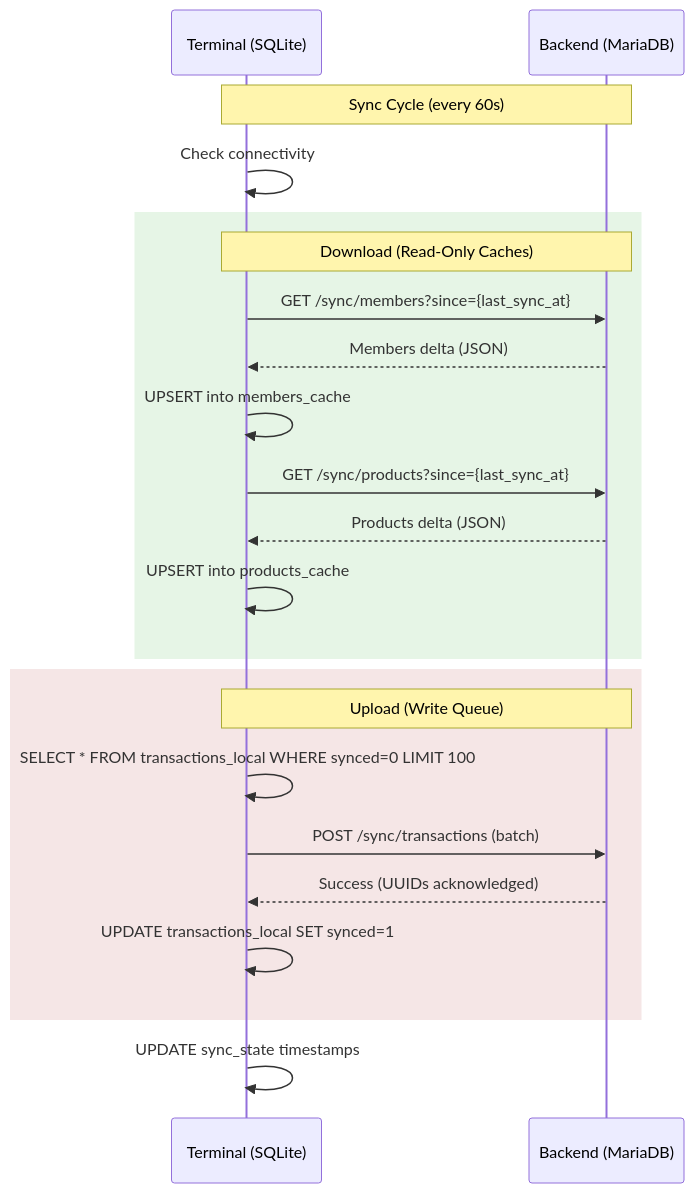
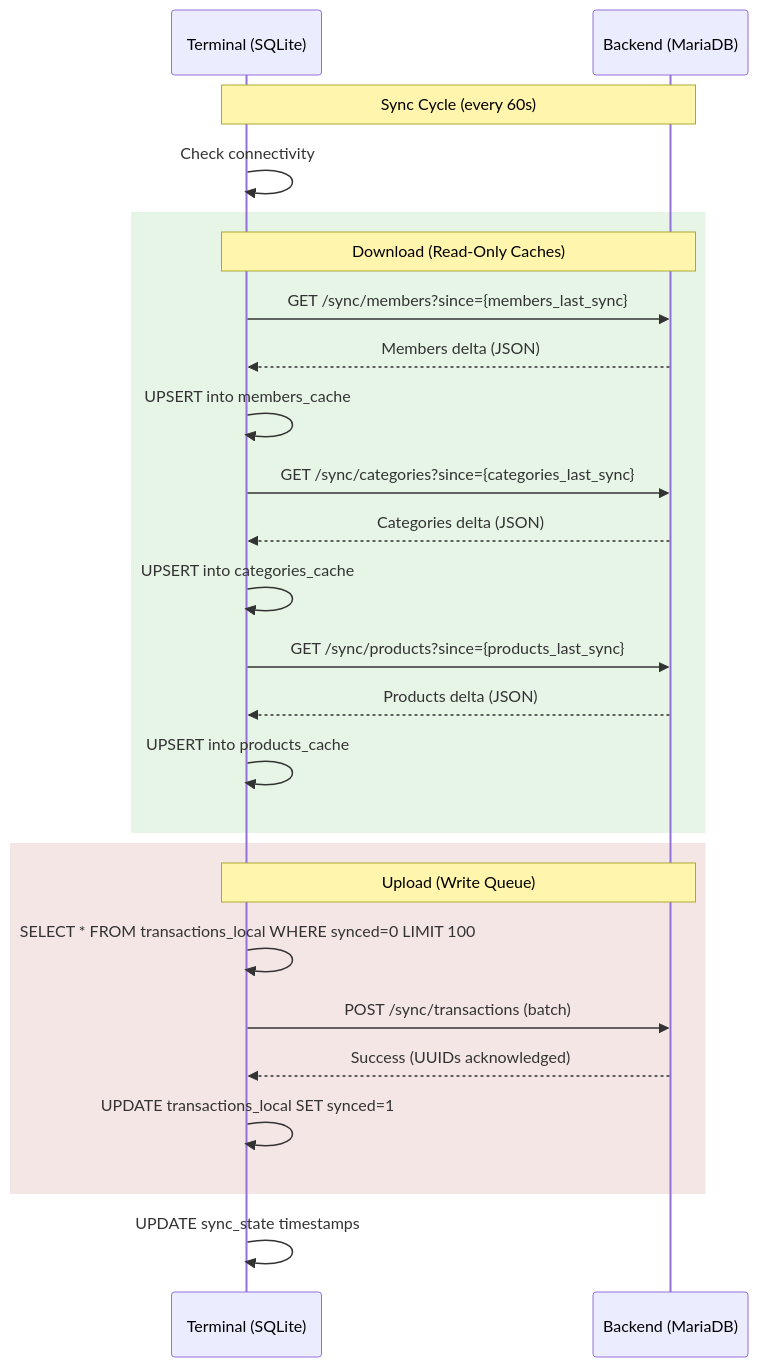
One commit to dgloeckner/clubbar changed the second of 3 diagrams in docs/erm-frontend.md. Above: the diagram before and after it, drawn with Mermaid. The commit also changed other lines of this file and 1 other file, not shown here.

````diff
--- a/docs/erm-frontend.md
+++ b/docs/erm-frontend.md
@@ -169,30 +200,34 @@
 ```mermaid
 sequenceDiagram
     participant T as Terminal (SQLite)
     participant B as Backend (MariaDB)
 
     Note over T,B: Sync Cycle (every 60s)
 
     T->>T: Check connectivity
 
     rect rgb(230, 245, 230)
         Note over T,B: Download (Read-Only Caches)
-        T->>B: GET /sync/members?since={last_sync_at}
+        T->>B: GET /sync/members?since={members_last_sync}
         B-->>T: Members delta (JSON)
         T->>T: UPSERT into members_cache
 
-        T->>B: GET /sync/products?since={last_sync_at}
+        T->>B: GET /sync/categories?since={categories_last_sync}
+        B-->>T: Categories delta (JSON)
+        T->>T: UPSERT into categories_cache
+
+        T->>B: GET /sync/products?since={products_last_sync}
         B-->>T: Products delta (JSON)
         T->>T: UPSERT into products_cache
     end
 
     rect rgb(245, 230, 230)
         Note over T,B: Upload (Write Queue)
         T->>T: SELECT * FROM transactions_local WHERE synced=0 LIMIT 100
         T->>B: POST /sync/transactions (batch)
         B-->>T: Success (UUIDs acknowledged)
         T->>T: UPDATE transactions_local SET synced=1
     end
 
     T->>T: UPDATE sync_state timestamps
 ```
````
